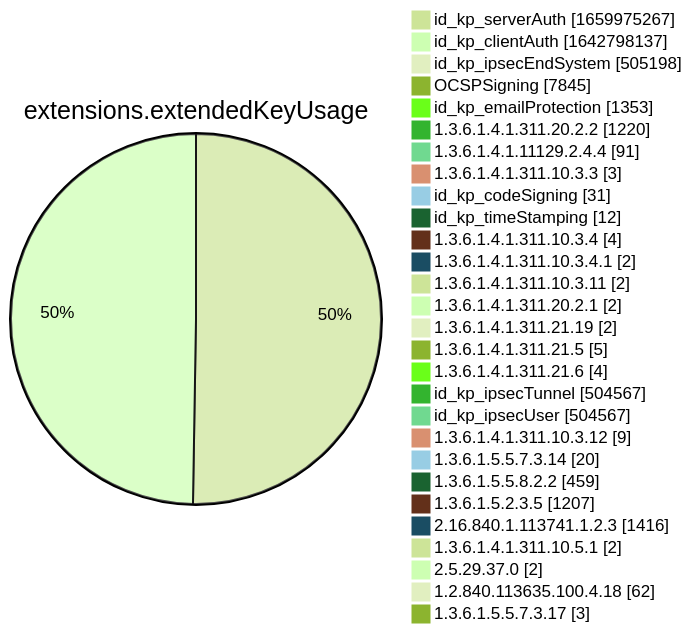
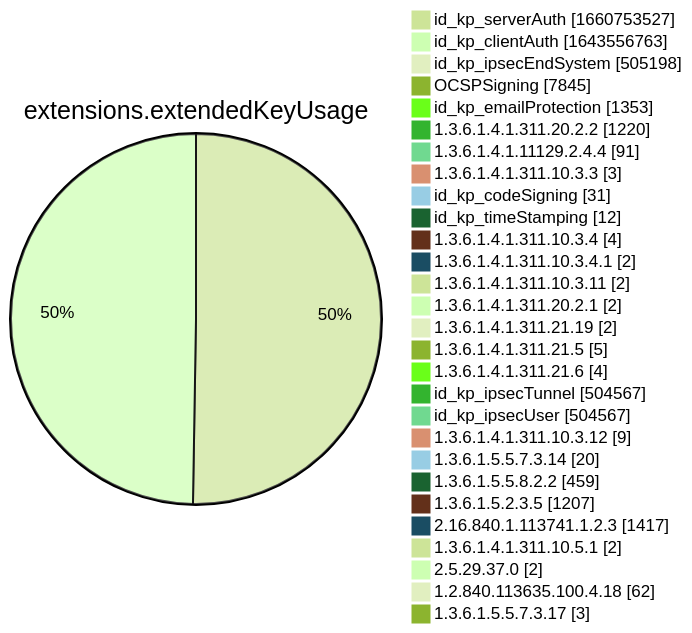
Before and after one commit to christiankrug/ctmonitor_visualization: diagram 12 of 15 in xenon2022/README.md, drawn with Mermaid (forest theme). The commit also changed other lines of this file, not shown here.

````diff
--- a/xenon2022/README.md
+++ b/xenon2022/README.md
@@ -3887,32 +3887,32 @@
 ```mermaid
 pie showData
 title extensions.extendedKeyUsage
-"id_kp_serverAuth" :1659975267
-"id_kp_clientAuth" :1642798137
+"id_kp_serverAuth" :1660753527
+"id_kp_clientAuth" :1643556763
 "id_kp_ipsecEndSystem" :505198
 "OCSPSigning" :7845
 "id_kp_emailProtection" :1353
 "1.3.6.1.4.1.311.20.2.2" :1220
 "1.3.6.1.4.1.11129.2.4.4" :91
 "1.3.6.1.4.1.311.10.3.3" :3
 "id_kp_codeSigning" :31
 "id_kp_timeStamping" :12
 "1.3.6.1.4.1.311.10.3.4" :4
 "1.3.6.1.4.1.311.10.3.4.1" :2
 "1.3.6.1.4.1.311.10.3.11" :2
 "1.3.6.1.4.1.311.20.2.1" :2
 "1.3.6.1.4.1.311.21.19" :2
 "1.3.6.1.4.1.311.21.5" :5
 "1.3.6.1.4.1.311.21.6" :4
 "id_kp_ipsecTunnel" :504567
 "id_kp_ipsecUser" :504567
 "1.3.6.1.4.1.311.10.3.12" :9
 "1.3.6.1.5.5.7.3.14" :20
 "1.3.6.1.5.5.8.2.2" :459
 "1.3.6.1.5.2.3.5" :1207
-"2.16.840.1.113741.1.2.3" :1416
+"2.16.840.1.113741.1.2.3" :1417
 "1.3.6.1.4.1.311.10.5.1" :2
 "2.5.29.37.0" :2
 "1.2.840.113635.100.4.18" :62
 "1.3.6.1.5.5.7.3.17" :3
 ```
````
